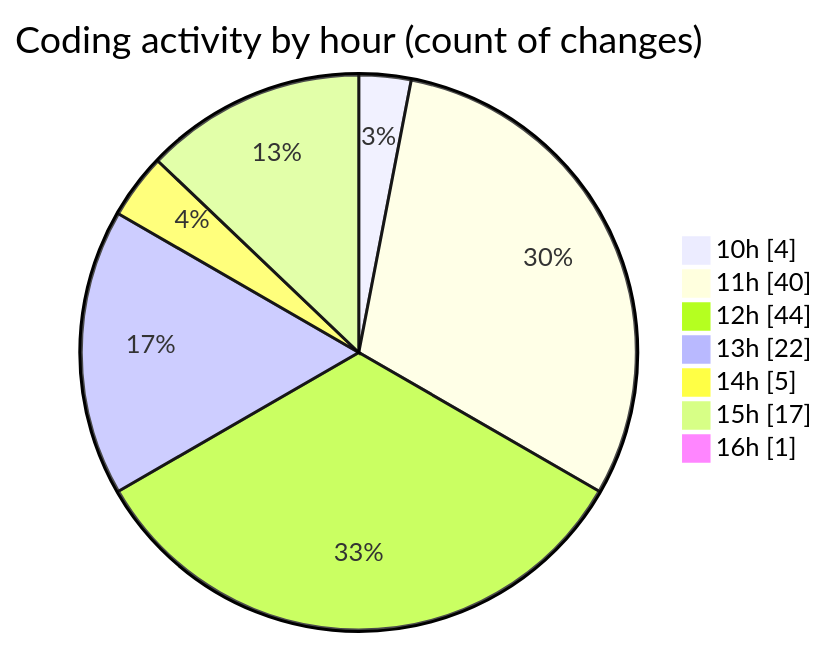
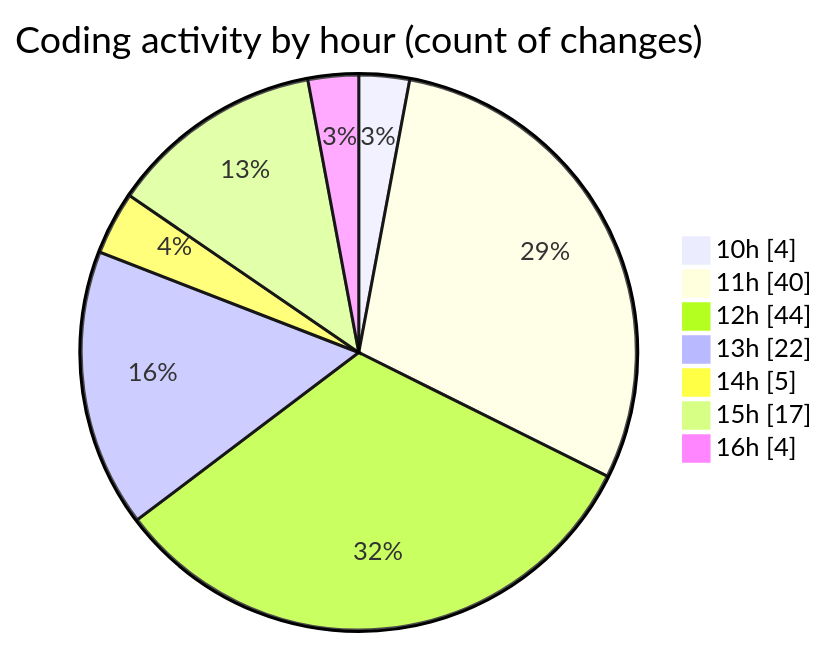
Before and after one commit to nxtqubesakshisongat/code-tracking: the second of 2 diagrams in 2025-07-28/nxtqube_webapp/README.md, drawn with Mermaid. The commit also changed other lines of this file and 1 other file, not shown here.

````diff
--- a/2025-07-28/nxtqube_webapp/README.md
+++ b/2025-07-28/nxtqube_webapp/README.md
@@ -56,11 +56,11 @@
 ```mermaid
 pie showData
 title Coding activity by hour (count of changes)
 "10h" : 4
 "11h" : 40
 "12h" : 44
 "13h" : 22
 "14h" : 5
 "15h" : 17
-"16h" : 1
+"16h" : 4
 ```
````
